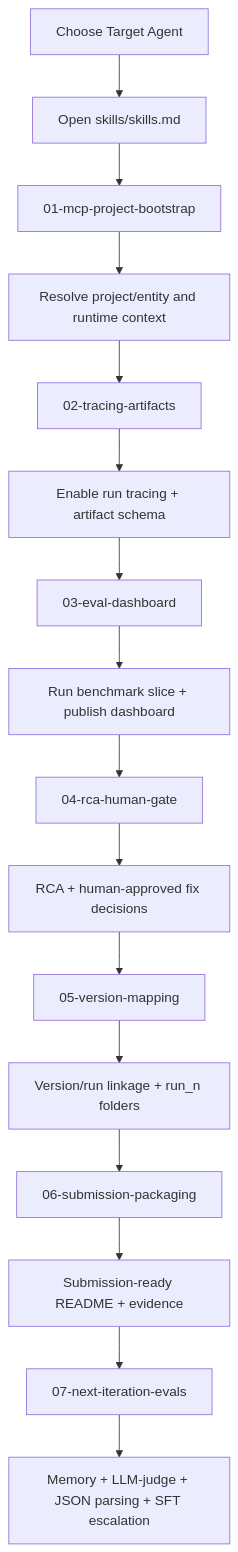
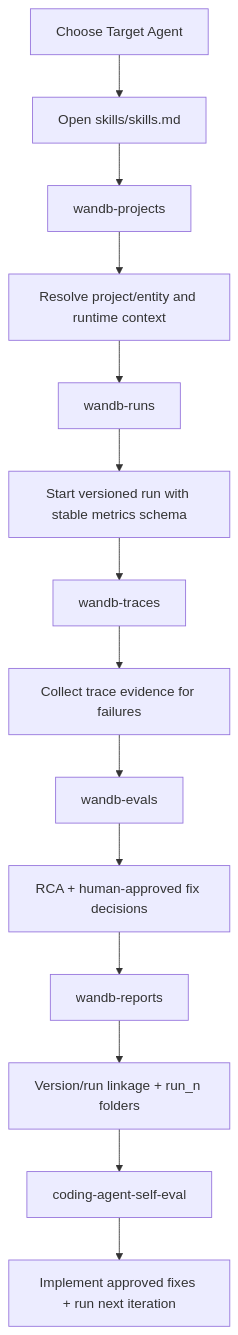
The second of 2 diagrams in README.md (vivek100/jupyBot), drawn with Mermaid before and after one commit. The commit also changed other lines of this file and 15 other files, not shown here.

Commit message:
Refactor skills into W&B feature modules plus self-eval orchestration

````diff
--- a/README.md
+++ b/README.md
@@ -58,18 +58,16 @@
 ```mermaid
 flowchart TD
     A[Choose Target Agent] --> B[Open skills/skills.md]
-    B --> C[01-mcp-project-bootstrap]
+    B --> C[wandb-projects]
     C --> D[Resolve project/entity and runtime context]
-    D --> E[02-tracing-artifacts]
-    E --> F[Enable run tracing + artifact schema]
-    F --> G[03-eval-dashboard]
-    G --> H[Run benchmark slice + publish dashboard]
-    H --> I[04-rca-human-gate]
+    D --> E[wandb-runs]
+    E --> F[Start versioned run with stable metrics schema]
+    F --> G[wandb-traces]
+    G --> H[Collect trace evidence for failures]
+    H --> I[wandb-evals]
     I --> J[RCA + human-approved fix decisions]
-    J --> K[05-version-mapping]
+    J --> K[wandb-reports]
     K --> L[Version/run linkage + run_n folders]
-    L --> M[06-submission-packaging]
-    M --> N[Submission-ready README + evidence]
-    N --> O[07-next-iteration-evals]
-    O --> P[Memory + LLM-judge + JSON parsing + SFT escalation]
+    L --> M[coding-agent-self-eval]
+    M --> N[Implement approved fixes + run next iteration]
 ```
````
